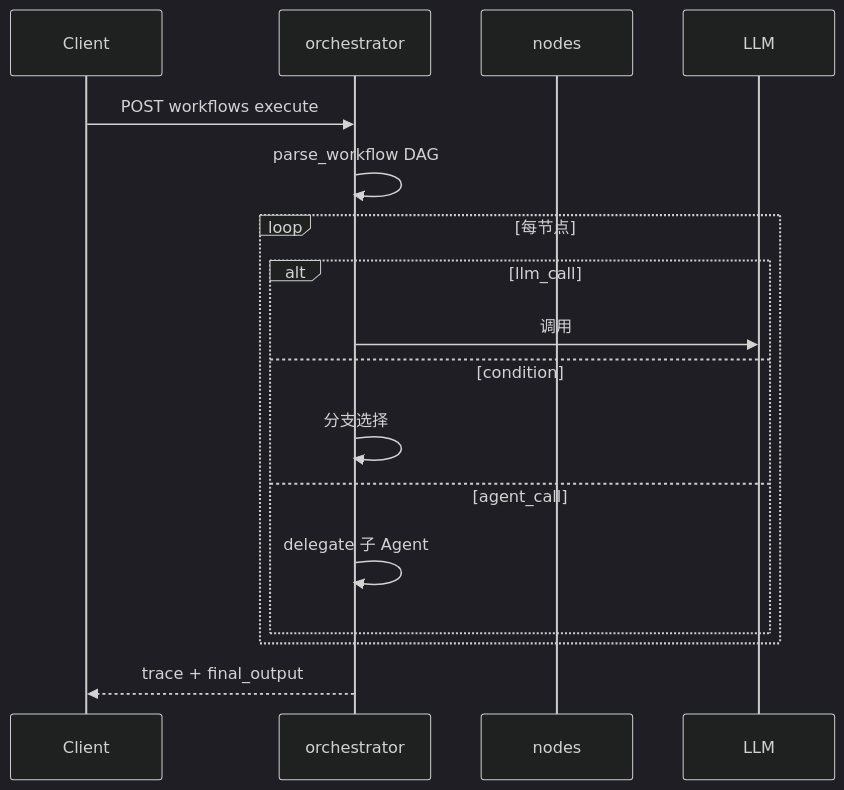
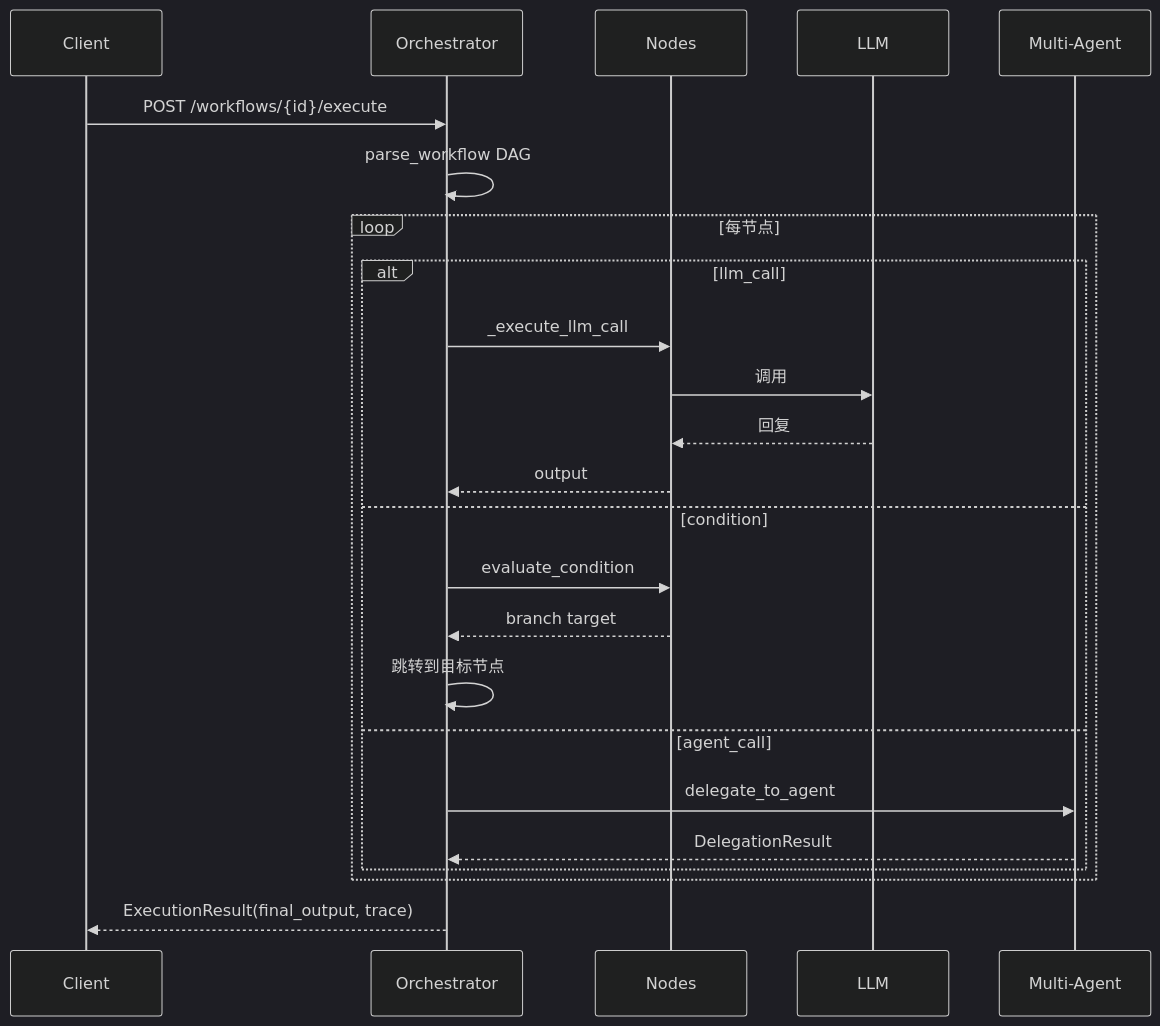
Before and after one commit to xingyun0812/ai-platform-lab: the first of 4 diagrams in docs/phase-h-build-and-code-guide.md, drawn with Mermaid (dark theme). The commit also changed other lines of this file and 10 other files, not shown here.

````diff
--- a/docs/phase-h-build-and-code-guide.md
+++ b/docs/phase-h-build-and-code-guide.md
@@ -37,20 +146,27 @@
 ```mermaid
 sequenceDiagram
   participant C as Client
-  participant O as orchestrator
-  participant N as nodes
+  participant O as Orchestrator
+  participant N as Nodes
   participant LLM as LLM
+  participant MA as Multi-Agent
 
-  C->>O: POST workflows execute
+  C->>O: POST /workflows/{id}/execute
   O->>O: parse_workflow DAG
   loop 每节点
     alt llm_call
-      O->>LLM: 调用
+      O->>N: _execute_llm_call
+      N->>LLM: 调用
+      LLM-->>N: 回复
+      N-->>O: output
     else condition
-      O->>O: 分支选择
+      O->>N: evaluate_condition
+      N-->>O: branch target
+      O->>O: 跳转到目标节点
     else agent_call
-      O->>O: delegate 子 Agent
+      O->>MA: delegate_to_agent
+      MA-->>O: DelegationResult
     end
   end
-  O-->>C: trace + final_output
+  O-->>C: ExecutionResult(final_output, trace)
 ```
````
